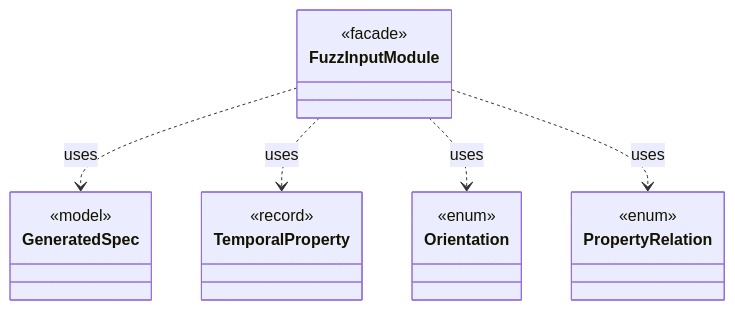
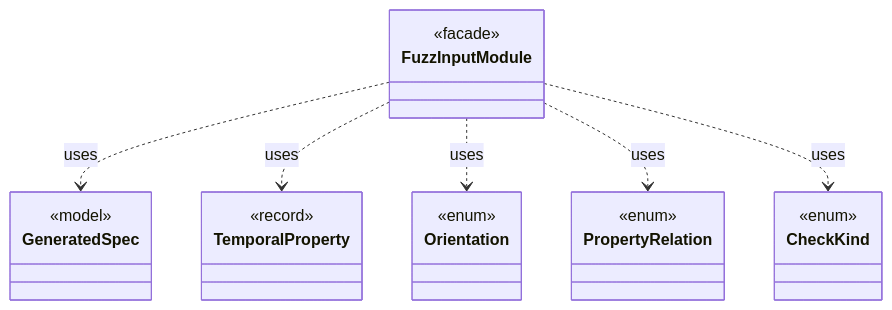
The diagram in dev/types/io.github.tlaplus.hardening.workflow.spec.FuzzInputModule.md (tlaplus/model-checker-hardening), drawn with Mermaid before and after one commit. The commit also changed other lines of this file and 408 other files, not shown here.

````diff
--- a/dev/types/io.github.tlaplus.hardening.workflow.spec.FuzzInputModule.md
+++ b/dev/types/io.github.tlaplus.hardening.workflow.spec.FuzzInputModule.md
@@ -7,22 +7,26 @@
 ```mermaid
 classDiagram
   class FuzzInputModule {
     <<facade>>
   }
   class GeneratedSpec {
     <<model>>
   }
   class TemporalProperty {
     <<record>>
   }
   class Orientation {
     <<enum>>
   }
   class PropertyRelation {
     <<enum>>
   }
+  class CheckKind {
+    <<enum>>
+  }
   FuzzInputModule ..> GeneratedSpec : uses
   FuzzInputModule ..> TemporalProperty : uses
   FuzzInputModule ..> Orientation : uses
   FuzzInputModule ..> PropertyRelation : uses
+  FuzzInputModule ..> CheckKind : uses
 ```
````
